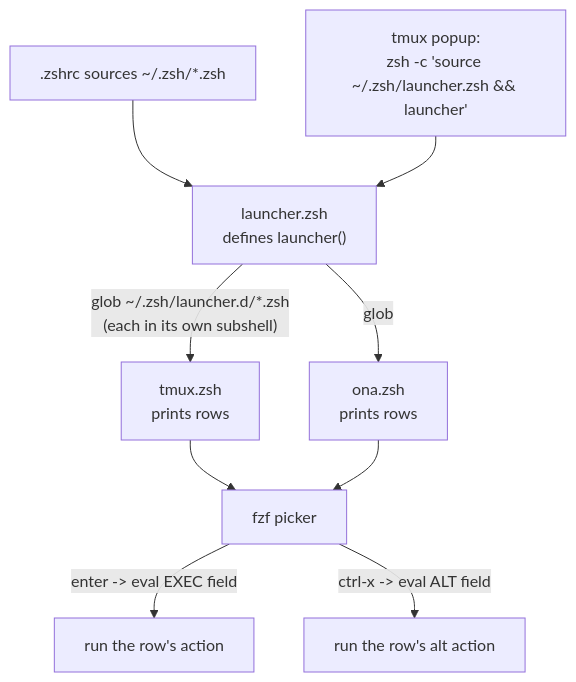
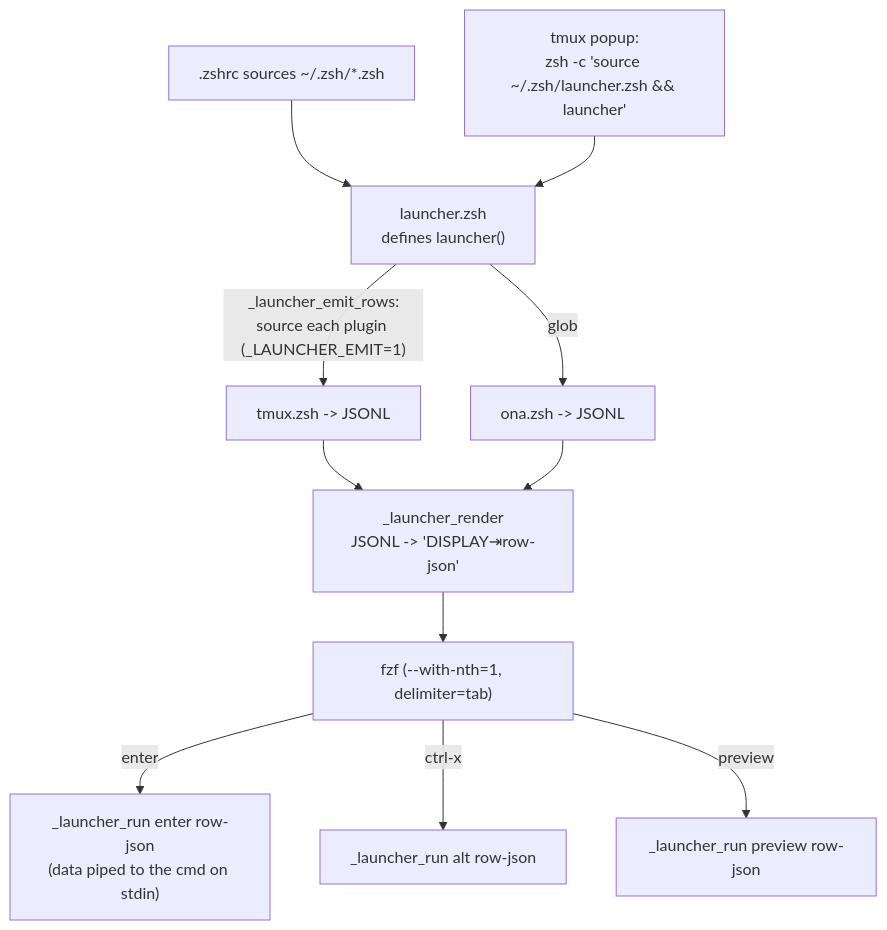
The diagram in launcher/README.md (ryanquinn3/dotfiles), drawn with Mermaid before and after one commit. The commit also changed other lines of this file and 3 other files, not shown here.

Commit message:
refactor launcher plugin contract + cache ona plugin results

````diff
--- a/launcher/README.md
+++ b/launcher/README.md
@@ -30,11 +58,13 @@
 ```mermaid
 flowchart TD
     Z[".zshrc sources ~/.zsh/*.zsh"] --> CORE["launcher.zsh<br/>defines launcher()"]
     POP["tmux popup:<br/>zsh -c 'source ~/.zsh/launcher.zsh && launcher'"] --> CORE
-    CORE -->|"glob ~/.zsh/launcher.d/*.zsh<br/>(each in its own subshell)"| P1["tmux.zsh<br/>prints rows"]
-    CORE -->|"glob"| P2["ona.zsh<br/>prints rows"]
-    P1 --> FZF["fzf picker"]
-    P2 --> FZF
-    FZF -->|"enter -> eval EXEC field"| ACT["run the row's action"]
-    FZF -->|"ctrl-x -> eval ALT field"| ALT["run the row's alt action"]
+    CORE -->|"_launcher_emit_rows:<br/>source each plugin (_LAUNCHER_EMIT=1)"| P1["tmux.zsh -> JSONL"]
+    CORE -->|"glob"| P2["ona.zsh -> JSONL"]
+    P1 --> R["_launcher_render<br/>JSONL -> 'DISPLAY⇥row-json'"]
+    P2 --> R
+    R --> FZF["fzf (--with-nth=1, delimiter=tab)"]
+    FZF -->|"enter"| EN["_launcher_run enter row-json<br/>(data piped to the cmd on stdin)"]
+    FZF -->|"ctrl-x"| AL["_launcher_run alt row-json"]
+    FZF -->|"preview"| PV["_launcher_run preview row-json"]
 ```
````
